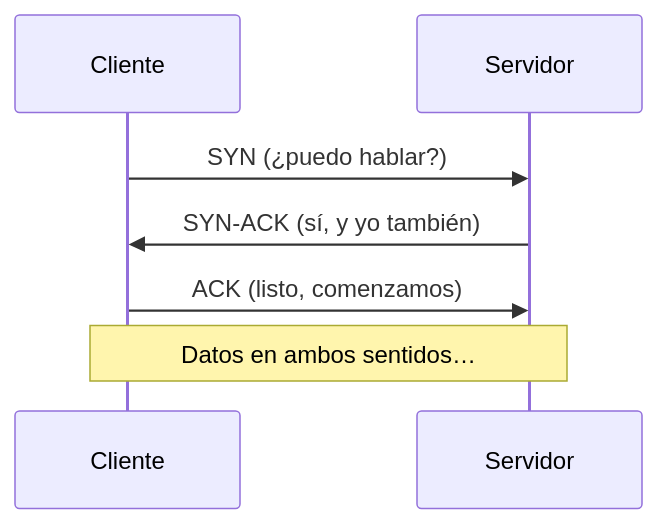
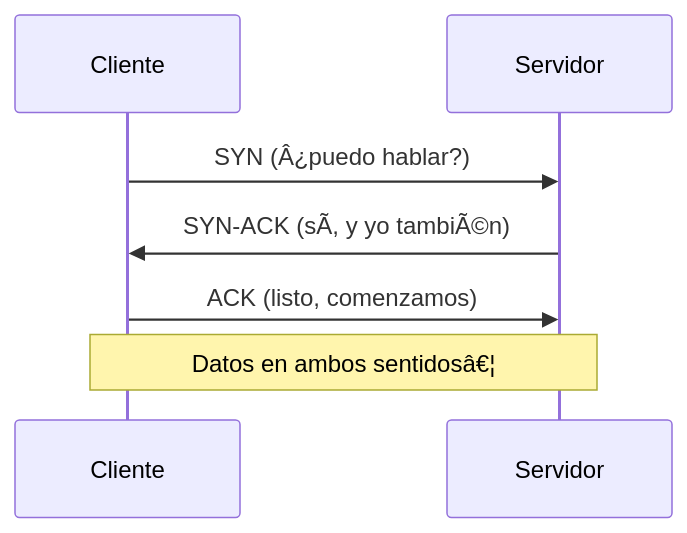
Before and after one commit to DiegoAlejandroSaenzFalcon/Soporte-TI-Portafolio: the diagram in guia-google-it-support/curso-02-redes-de-computadoras/0203-modulo-3-capas-transporte-y-aplicacion.md, drawn with Mermaid. The commit also changed other lines of this file and 12 other files, not shown here.

Commit message:
Diagramas movidos a la carpeta diagramas/ de cada curso (referencias actualizadas)

````diff
--- a/guia-google-it-support/curso-02-redes-de-computadoras/0203-modulo-3-capas-transporte-y-aplicacion.md
+++ b/guia-google-it-support/curso-02-redes-de-computadoras/0203-modulo-3-capas-transporte-y-aplicacion.md
@@ -28,7 +28,7 @@
 ```mermaid
 sequenceDiagram
-    Cliente->>Servidor: SYN (¿puedo hablar?)
-    Servidor->>Cliente: SYN-ACK (sí, y yo también)
+    Cliente->>Servidor: SYN (Â¿puedo hablar?)
+    Servidor->>Cliente: SYN-ACK (sÃ­, y yo tambiÃ©n)
     Cliente->>Servidor: ACK (listo, comenzamos)
-    Note over Cliente,Servidor: Datos en ambos sentidos…
+    Note over Cliente,Servidor: Datos en ambos sentidosâ€¦
 ```
````
